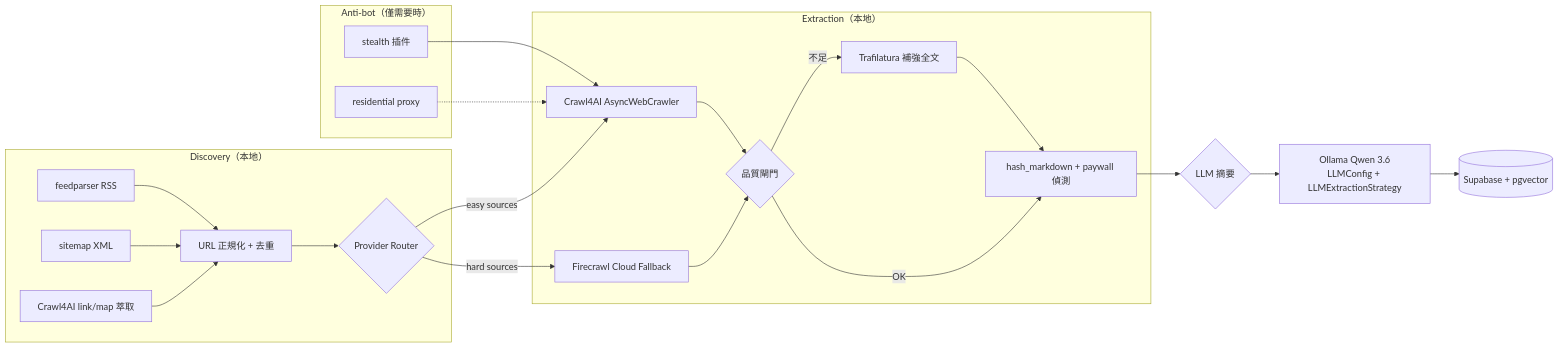
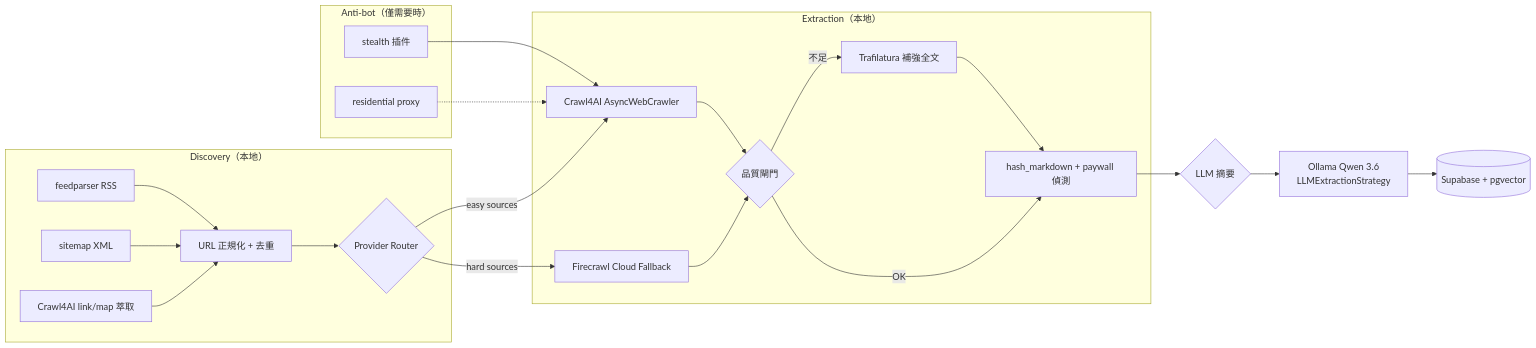
The diagram in docs/phase1/crawl4ai-migration-engineering-spec.md (Chonwai/BioMyne_Koji_Lab), drawn with Mermaid before and after one commit. The commit also changed other lines of this file, not shown here.

````diff
--- a/docs/phase1/crawl4ai-migration-engineering-spec.md
+++ b/docs/phase1/crawl4ai-migration-engineering-spec.md
@@ -74,28 +74,28 @@
 ```mermaid
 flowchart LR
     subgraph Discovery["Discovery（本地）"]
         A[feedparser RSS] --> D
         B[sitemap XML] --> D
         C[Crawl4AI link/map 萃取] --> D
         D[URL 正規化 + 去重] --> E
     end
 
     subgraph Extraction["Extraction（本地）"]
         E{Provider Router} -->|easy sources| F[Crawl4AI AsyncWebCrawler]
         E -->|hard sources| G[Firecrawl Cloud Fallback]
         F --> H{品質閘門}
         G --> H
         H -->|不足| I[Trafilatura 補強全文]
         H -->|OK| J
         I --> J[hash_markdown + paywall 偵測]
     end
 
     J --> K{LLM 摘要}
-    K --> L[Ollama Qwen 3.6<br/>LLMConfig + LLMExtractionStrategy]
+    K --> L[Ollama Qwen 3.6<br/>LLMExtractionStrategy]
     L --> M[(Supabase + pgvector)]
 
     subgraph AntiBot["Anti-bot（僅需要時）"]
         N[stealth 插件] --> F
         O[residential proxy] -.-> F
     end
 ```
````
